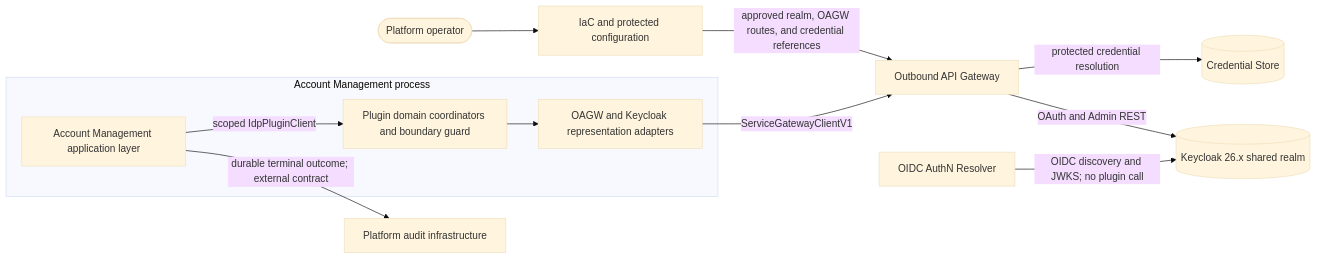
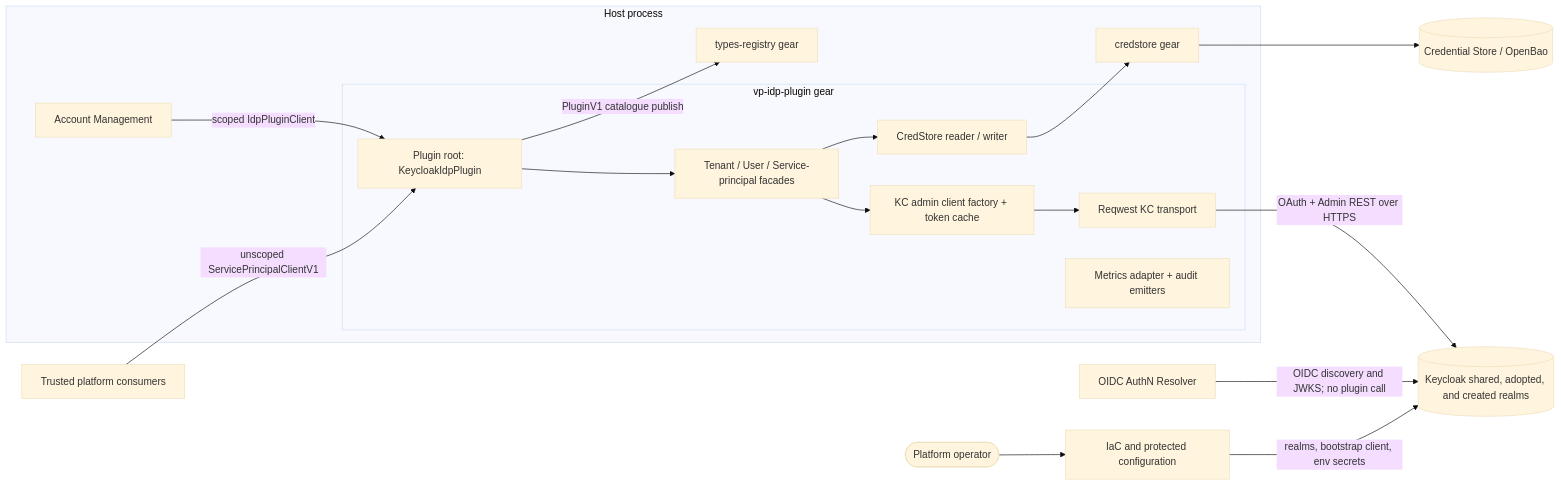
Before and after one commit to constructorfabric/gears-rust: the first of 2 diagrams in gears/system/account-management/plugins/keycloak-idp-plugin/docs/DESIGN.md, drawn with Mermaid (base theme). The commit also changed other lines of this file and 1 other file, not shown here.

First line of the commit message:
docs(keycloak-idp-plugin): align PRD and DESIGN with the ported implementation

````diff
--- a/gears/system/account-management/plugins/keycloak-idp-plugin/docs/DESIGN.md
+++ b/gears/system/account-management/plugins/keycloak-idp-plugin/docs/DESIGN.md
@@ -101,25 +100,36 @@
 ```mermaid
 flowchart LR
   operator([Platform operator])
   iac[IaC and protected configuration]
-  cred[(Credential Store)]
-  oagw[Outbound API Gateway]
-  kc[(Keycloak 26.x shared realm)]
+  cred[(Credential Store / OpenBao)]
+  kc[(Keycloak shared, adopted, and created realms)]
   authn[OIDC AuthN Resolver]
-  audit[Platform audit infrastructure]
-  subgraph am[Account Management process]
-    api[Account Management application layer]
-    domain[Plugin domain coordinators and boundary guard]
-    infra[OAGW and Keycloak representation adapters]
+  spc[Trusted platform consumers]
+  subgraph host[Host process]
+    am[Account Management]
+    subgraph plugin[vp-idp-plugin gear]
+      root[Plugin root: KeycloakIdpPlugin]
+      facades[Tenant / User / Service-principal facades]
+      kcc[KC admin client factory + token cache]
+      csrw[CredStore reader / writer]
+      transport[Reqwest KC transport]
+      obs[Metrics adapter + audit emitters]
+    end
+    tr[types-registry gear]
+    cs[credstore gear]
   end
 
   operator --> iac
-  iac -->|approved realm, OAGW routes, and credential references| oagw
-  api -->|scoped IdpPluginClient| domain
-  api -->|durable terminal outcome; external contract| audit
-  domain --> infra
-  infra -->|ServiceGatewayClientV1| oagw
-  oagw -->|protected credential resolution| cred
-  oagw -->|OAuth and Admin REST| kc
+  iac -->|realms, bootstrap client, env secrets| kc
+  am -->|scoped IdpPluginClient| root
+  spc -->|unscoped ServicePrincipalClientV1| root
+  root --> facades
+  facades --> kcc
+  kcc --> transport
+  facades --> csrw
+  csrw --> cs
+  root -->|PluginV1 catalogue publish| tr
+  cs --> cred
+  transport -->|OAuth + Admin REST over HTTPS| kc
   authn -->|OIDC discovery and JWKS; no plugin call| kc
 ```
````
